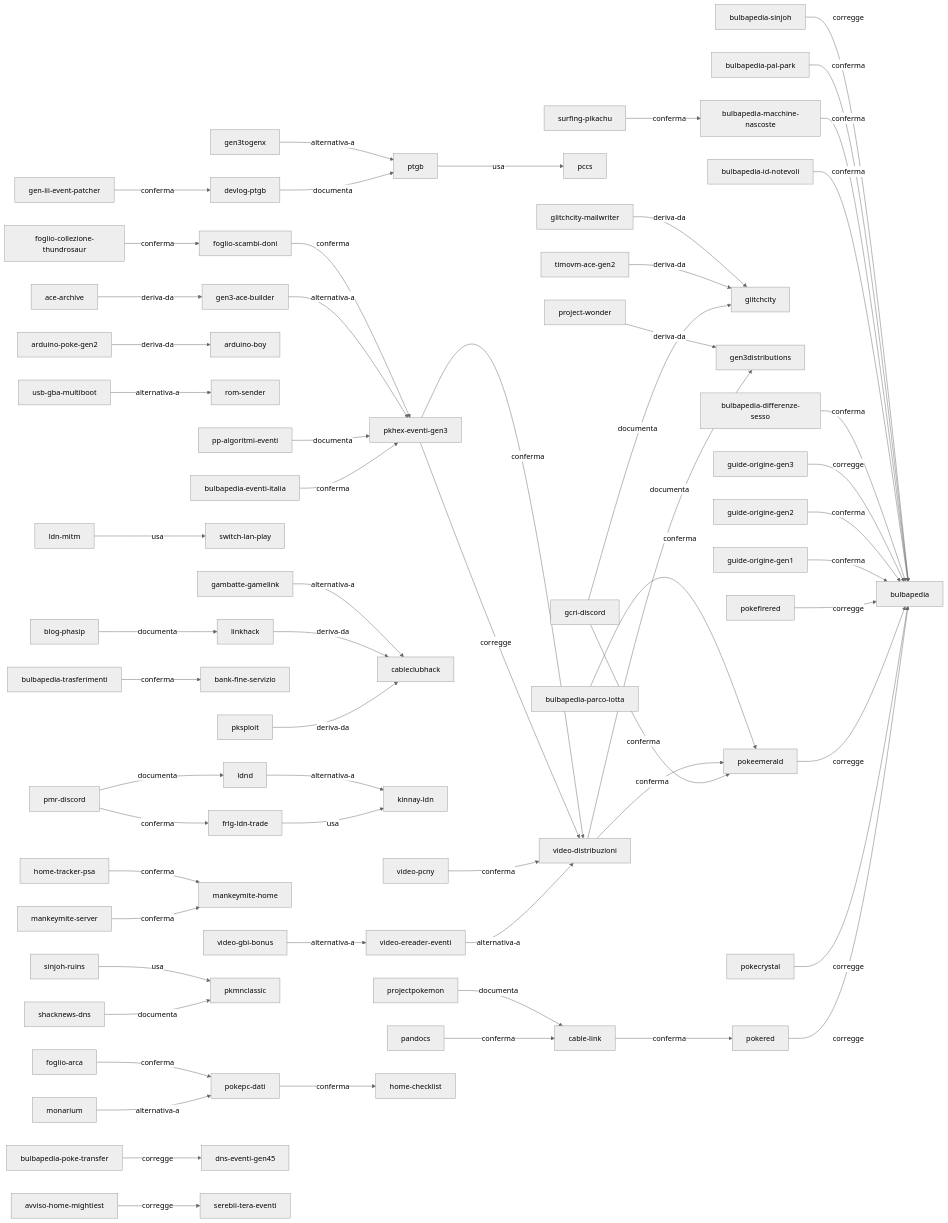
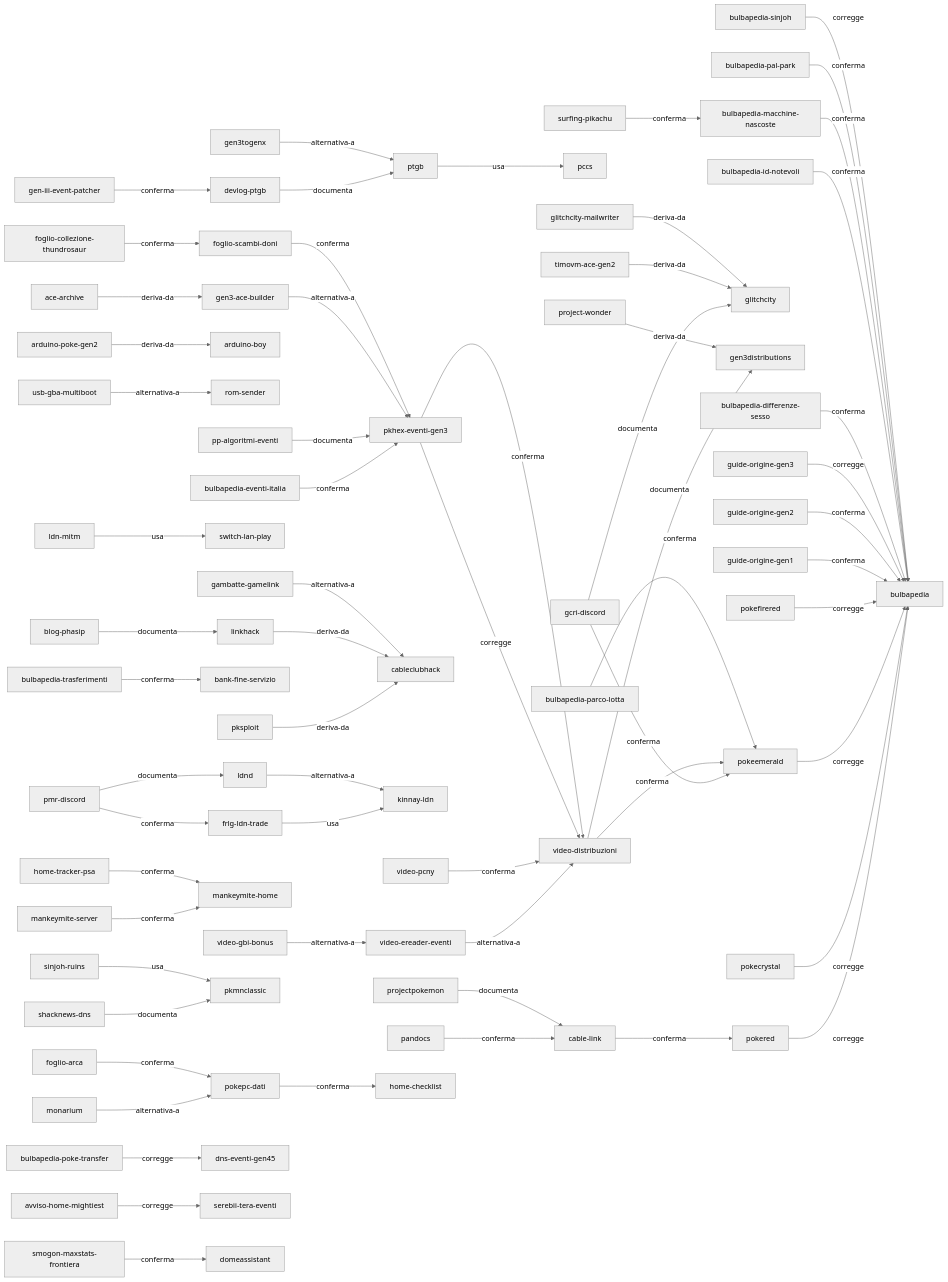
One commit to alesop95/retrogame-mod-pok-dev changed the diagram in docs/fonti/index-fonti.md. Above: the diagram before and after it, drawn with Mermaid (neutral theme). The commit also changed other lines of this file and 8 other files, not shown here.

````diff
--- a/docs/fonti/index-fonti.md
+++ b/docs/fonti/index-fonti.md
@@ -15,63 +15,64 @@
 ```mermaid
 graph LR
   pokered -- corregge --> bulbapedia
   pokecrystal -- corregge --> bulbapedia
   pokeemerald -- corregge --> bulbapedia
   pokefirered -- corregge --> bulbapedia
   pandocs -- conferma --> cable-link
   devlog-ptgb -- documenta --> ptgb
   ptgb -- usa --> pccs
   gen3togenx -- alternativa-a --> ptgb
   cable-link -- conferma --> pokered
   pksploit -- deriva-da --> cableclubhack
   linkhack -- deriva-da --> cableclubhack
   blog-phasip -- documenta --> linkhack
   arduino-poke-gen2 -- deriva-da --> arduino-boy
   usb-gba-multiboot -- alternativa-a --> rom-sender
   frlg-ldn-trade -- usa --> kinnay-ldn
   ldnd -- alternativa-a --> kinnay-ldn
   pmr-discord -- conferma --> frlg-ldn-trade
   pmr-discord -- documenta --> ldnd
   ldn-mitm -- usa --> switch-lan-play
   gcri-discord -- conferma --> pokeemerald
   gcri-discord -- documenta --> glitchcity
   gambatte-gamelink -- alternativa-a --> cableclubhack
   projectpokemon -- documenta --> cable-link
   video-distribuzioni -- conferma --> pokeemerald
   video-distribuzioni -- documenta --> gen3distributions
   video-ereader-eventi -- alternativa-a --> video-distribuzioni
   video-pcny -- conferma --> video-distribuzioni
   video-gbi-bonus -- alternativa-a --> video-ereader-eventi
   bulbapedia-trasferimenti -- conferma --> bank-fine-servizio
   pkhex-eventi-gen3 -- corregge --> video-distribuzioni
   pkhex-eventi-gen3 -- conferma --> video-distribuzioni
   bulbapedia-eventi-italia -- conferma --> pkhex-eventi-gen3
   gen-iii-event-patcher -- conferma --> devlog-ptgb
   project-wonder -- deriva-da --> gen3distributions
   pp-algoritmi-eventi -- documenta --> pkhex-eventi-gen3
   gen3-ace-builder -- alternativa-a --> pkhex-eventi-gen3
   ace-archive -- deriva-da --> gen3-ace-builder
   mankeymite-server -- conferma --> mankeymite-home
   home-tracker-psa -- conferma --> mankeymite-home
   guide-origine-gen1 -- conferma --> bulbapedia
   guide-origine-gen2 -- conferma --> bulbapedia
   guide-origine-gen3 -- corregge --> bulbapedia
   bulbapedia-differenze-sesso -- conferma --> bulbapedia
   bulbapedia-id-notevoli -- conferma --> bulbapedia
   foglio-scambi-doni -- conferma --> pkhex-eventi-gen3
   timovm-ace-gen2 -- deriva-da --> glitchcity
   glitchcity-mailwriter -- deriva-da --> glitchcity
   shacknews-dns -- documenta --> pkmnclassic
   sinjoh-ruins -- usa --> pkmnclassic
   bulbapedia-macchine-nascoste -- conferma --> bulbapedia
   surfing-pikachu -- conferma --> bulbapedia-macchine-nascoste
   pokepc-dati -- conferma --> home-checklist
   monarium -- alternativa-a --> pokepc-dati
   foglio-arca -- conferma --> pokepc-dati
   foglio-collezione-thundrosaur -- conferma --> foglio-scambi-doni
   bulbapedia-pal-park -- conferma --> bulbapedia
   bulbapedia-sinjoh -- corregge --> bulbapedia
   bulbapedia-poke-transfer -- corregge --> dns-eventi-gen45
   avviso-home-mightiest -- corregge --> serebii-tera-eventi
   bulbapedia-parco-lotta -- conferma --> pokeemerald
+  smogon-maxstats-frontiera -- conferma --> domeassistant
 ```
````
